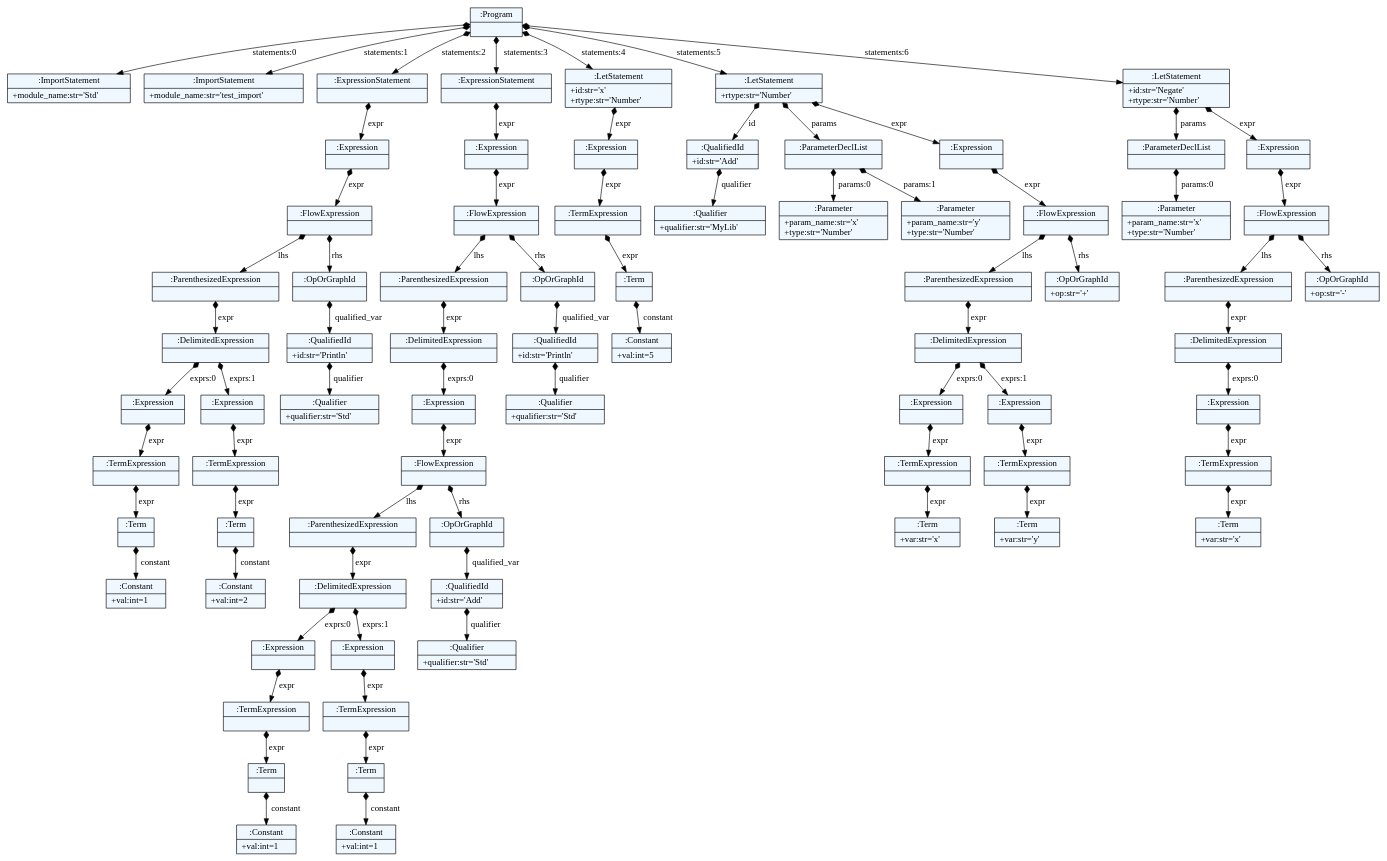
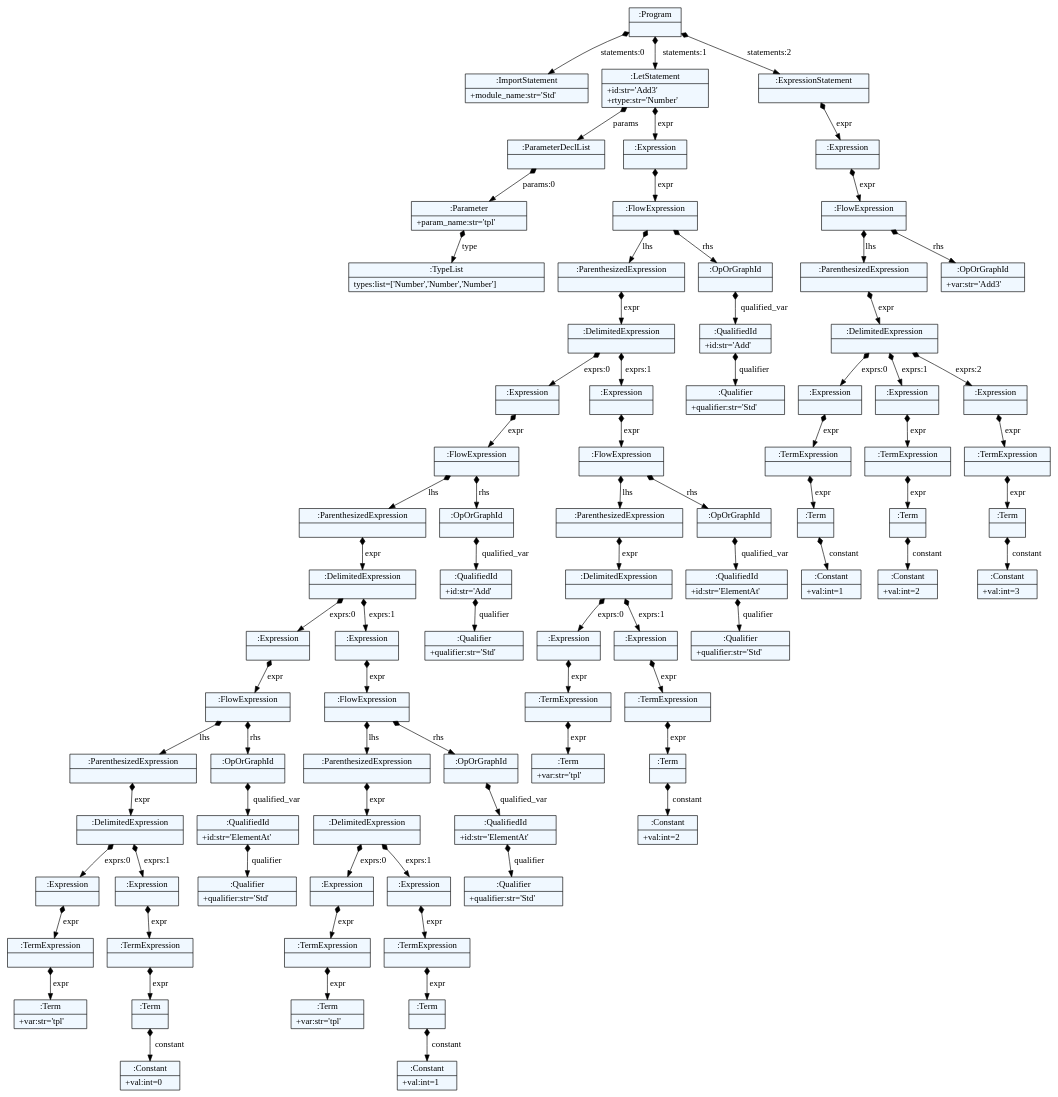
The diagram in test.dot (mguid65/fleauxlang), drawn with Graphviz before and after one commit. The commit also changed 3 other files, not shown here.

```diff
--- a/test.dot
+++ b/test.dot
@@ -11,154 +11,164 @@
     edge[dir=black,arrowtail=empty]
 
 
-131458014634448 -> 131458014635888 [label="statements:0" arrowtail=diamond dir=both]
-131458014635888[label="{:ImportStatement|+module_name:str='Std'\l}"]
-131458014634448 -> 131458014638912 [label="statements:1" arrowtail=diamond dir=both]
-131458014638912[label="{:ImportStatement|+module_name:str='test_import'\l}"]
-131458014634448 -> 131458014638624 [label="statements:2" arrowtail=diamond dir=both]
-131458014638624 -> 131458014641072 [label="expr" arrowtail=diamond dir=both]
-131458014641072 -> 131458014638336 [label="expr" arrowtail=diamond dir=both]
-131458014638336 -> 131458014637184 [label="lhs" arrowtail=diamond dir=both]
-131458014637184 -> 131458014632960 [label="expr" arrowtail=diamond dir=both]
-131458014632960 -> 131458014631280 [label="exprs:0" arrowtail=diamond dir=both]
-131458014631280 -> 131458014629648 [label="expr" arrowtail=diamond dir=both]
-131458014629648 -> 131458014631904 [label="expr" arrowtail=diamond dir=both]
-131458014631904 -> 131458014630944 [label="constant" arrowtail=diamond dir=both]
-131458014630944[label="{:Constant|+val:int=1\l}"]
-131458014631904[label="{:Term|}"]
-131458014629648[label="{:TermExpression|}"]
-131458014631280[label="{:Expression|}"]
-131458014632960 -> 131458014629600 [label="exprs:1" arrowtail=diamond dir=both]
-131458014629600 -> 131458014630896 [label="expr" arrowtail=diamond dir=both]
-131458014630896 -> 131458014629264 [label="expr" arrowtail=diamond dir=both]
-131458014629264 -> 131458014628208 [label="constant" arrowtail=diamond dir=both]
-131458014628208[label="{:Constant|+val:int=2\l}"]
-131458014629264[label="{:Term|}"]
-131458014630896[label="{:TermExpression|}"]
-131458014629600[label="{:Expression|}"]
-131458014632960[label="{:DelimitedExpression|}"]
-131458014637184[label="{:ParenthesizedExpression|}"]
-131458014638336 -> 131458014636176 [label="rhs" arrowtail=diamond dir=both]
-131458014636176 -> 131458014632000 [label="qualified_var" arrowtail=diamond dir=both]
-131458014632000 -> 131458014629072 [label="qualifier" arrowtail=diamond dir=both]
-131458014629072[label="{:Qualifier|+qualifier:str='Std'\l}"]
-131458014632000[label="{:QualifiedId|+id:str='Println'\l}"]
-131458014636176[label="{:OpOrGraphId|}"]
-131458014638336[label="{:FlowExpression|}"]
-131458014641072[label="{:Expression|}"]
-131458014638624[label="{:ExpressionStatement|}"]
-131458014634448 -> 131458014642032 [label="statements:3" arrowtail=diamond dir=both]
-131458014642032 -> 131458014632144 [label="expr" arrowtail=diamond dir=both]
-131458014632144 -> 131458014629024 [label="expr" arrowtail=diamond dir=both]
-131458014629024 -> 131458014629504 [label="lhs" arrowtail=diamond dir=both]
-131458014629504 -> 131458014638000 [label="expr" arrowtail=diamond dir=both]
-131458014638000 -> 131458014629744 [label="exprs:0" arrowtail=diamond dir=both]
-131458014629744 -> 131458014638096 [label="expr" arrowtail=diamond dir=both]
-131458014638096 -> 131458014631088 [label="lhs" arrowtail=diamond dir=both]
-131458014631088 -> 131458014638864 [label="expr" arrowtail=diamond dir=both]
-131458014638864 -> 131458014639152 [label="exprs:0" arrowtail=diamond dir=both]
-131458014639152 -> 131458014631520 [label="expr" arrowtail=diamond dir=both]
-131458014631520 -> 131458014630272 [label="expr" arrowtail=diamond dir=both]
-131458014630272 -> 131458014641264 [label="constant" arrowtail=diamond dir=both]
-131458014641264[label="{:Constant|+val:int=1\l}"]
-131458014630272[label="{:Term|}"]
-131458014631520[label="{:TermExpression|}"]
-131458014639152[label="{:Expression|}"]
-131458014638864 -> 131458014632336 [label="exprs:1" arrowtail=diamond dir=both]
-131458014632336 -> 131458014631472 [label="expr" arrowtail=diamond dir=both]
-131458014631472 -> 131458014633200 [label="expr" arrowtail=diamond dir=both]
-131458014633200 -> 131458014641648 [label="constant" arrowtail=diamond dir=both]
-131458014641648[label="{:Constant|+val:int=1\l}"]
-131458014633200[label="{:Term|}"]
-131458014631472[label="{:TermExpression|}"]
-131458014632336[label="{:Expression|}"]
-131458014638864[label="{:DelimitedExpression|}"]
-131458014631088[label="{:ParenthesizedExpression|}"]
-131458014638096 -> 131458014638528 [label="rhs" arrowtail=diamond dir=both]
-131458014638528 -> 131458014630752 [label="qualified_var" arrowtail=diamond dir=both]
-131458014630752 -> 131458014641600 [label="qualifier" arrowtail=diamond dir=both]
-131458014641600[label="{:Qualifier|+qualifier:str='Std'\l}"]
-131458014630752[label="{:QualifiedId|+id:str='Add'\l}"]
-131458014638528[label="{:OpOrGraphId|}"]
-131458014638096[label="{:FlowExpression|}"]
-131458014629744[label="{:Expression|}"]
-131458014638000[label="{:DelimitedExpression|}"]
-131458014629504[label="{:ParenthesizedExpression|}"]
-131458014629024 -> 131458014637760 [label="rhs" arrowtail=diamond dir=both]
-131458014637760 -> 131458014635936 [label="qualified_var" arrowtail=diamond dir=both]
-131458014635936 -> 131458014630800 [label="qualifier" arrowtail=diamond dir=both]
-131458014630800[label="{:Qualifier|+qualifier:str='Std'\l}"]
-131458014635936[label="{:QualifiedId|+id:str='Println'\l}"]
-131458014637760[label="{:OpOrGraphId|}"]
-131458014629024[label="{:FlowExpression|}"]
-131458014632144[label="{:Expression|}"]
-131458014642032[label="{:ExpressionStatement|}"]
-131458014634448 -> 131458014637136 [label="statements:4" arrowtail=diamond dir=both]
-131458014637136 -> 131458014637328 [label="expr" arrowtail=diamond dir=both]
-131458014637328 -> 131458014633680 [label="expr" arrowtail=diamond dir=both]
-131458014633680 -> 131458014635072 [label="expr" arrowtail=diamond dir=both]
-131458014635072 -> 131458014628688 [label="constant" arrowtail=diamond dir=both]
-131458014628688[label="{:Constant|+val:int=5\l}"]
-131458014635072[label="{:Term|}"]
-131458014633680[label="{:TermExpression|}"]
-131458014637328[label="{:Expression|}"]
-131458014637136[label="{:LetStatement|+id:str='x'\l+rtype:str='Number'\l}"]
-131458014634448 -> 131458014629312 [label="statements:5" arrowtail=diamond dir=both]
-131458014629312 -> 131458014630080 [label="id" arrowtail=diamond dir=both]
-131458014630080 -> 131458014631760 [label="qualifier" arrowtail=diamond dir=both]
-131458014631760[label="{:Qualifier|+qualifier:str='MyLib'\l}"]
-131458014630080[label="{:QualifiedId|+id:str='Add'\l}"]
-131458014629312 -> 131458014628640 [label="params" arrowtail=diamond dir=both]
-131458014628640 -> 131458014636800 [label="params:0" arrowtail=diamond dir=both]
-131458014636800[label="{:Parameter|+param_name:str='x'\l+type:str='Number'\l}"]
-131458014628640 -> 131458014627680 [label="params:1" arrowtail=diamond dir=both]
-131458014627680[label="{:Parameter|+param_name:str='y'\l+type:str='Number'\l}"]
-131458014628640[label="{:ParameterDeclList|}"]
-131458014629312 -> 131458014636560 [label="expr" arrowtail=diamond dir=both]
-131458014636560 -> 131458014638144 [label="expr" arrowtail=diamond dir=both]
-131458014638144 -> 131458014636944 [label="lhs" arrowtail=diamond dir=both]
-131458014636944 -> 131458014639536 [label="expr" arrowtail=diamond dir=both]
-131458014639536 -> 131458014925040 [label="exprs:0" arrowtail=diamond dir=both]
-131458014925040 -> 131458014922640 [label="expr" arrowtail=diamond dir=both]
-131458014922640 -> 131458014925088 [label="expr" arrowtail=diamond dir=both]
-131458014925088[label="{:Term|+var:str='x'\l}"]
-131458014922640[label="{:TermExpression|}"]
-131458014925040[label="{:Expression|}"]
-131458014639536 -> 131458014925424 [label="exprs:1" arrowtail=diamond dir=both]
-131458014925424 -> 131458014925760 [label="expr" arrowtail=diamond dir=both]
-131458014925760 -> 131458014925376 [label="expr" arrowtail=diamond dir=both]
-131458014925376[label="{:Term|+var:str='y'\l}"]
-131458014925760[label="{:TermExpression|}"]
-131458014925424[label="{:Expression|}"]
-131458014639536[label="{:DelimitedExpression|}"]
-131458014636944[label="{:ParenthesizedExpression|}"]
-131458014638144 -> 131458014641552 [label="rhs" arrowtail=diamond dir=both]
-131458014641552[label="{:OpOrGraphId|+op:str='+'\l}"]
-131458014638144[label="{:FlowExpression|}"]
-131458014636560[label="{:Expression|}"]
-131458014629312[label="{:LetStatement|+rtype:str='Number'\l}"]
-131458014634448 -> 131458014639104 [label="statements:6" arrowtail=diamond dir=both]
-131458014639104 -> 131458014639392 [label="params" arrowtail=diamond dir=both]
-131458014639392 -> 131458014925328 [label="params:0" arrowtail=diamond dir=both]
-131458014925328[label="{:Parameter|+param_name:str='x'\l+type:str='Number'\l}"]
-131458014639392[label="{:ParameterDeclList|}"]
-131458014639104 -> 131458014921920 [label="expr" arrowtail=diamond dir=both]
-131458014921920 -> 131458014921632 [label="expr" arrowtail=diamond dir=both]
-131458014921632 -> 131458014925616 [label="lhs" arrowtail=diamond dir=both]
-131458014925616 -> 131458014921728 [label="expr" arrowtail=diamond dir=both]
-131458014921728 -> 131458014923072 [label="exprs:0" arrowtail=diamond dir=both]
-131458014923072 -> 131458014924272 [label="expr" arrowtail=diamond dir=both]
-131458014924272 -> 131458014921056 [label="expr" arrowtail=diamond dir=both]
-131458014921056[label="{:Term|+var:str='x'\l}"]
-131458014924272[label="{:TermExpression|}"]
-131458014923072[label="{:Expression|}"]
-131458014921728[label="{:DelimitedExpression|}"]
-131458014925616[label="{:ParenthesizedExpression|}"]
-131458014921632 -> 131458014922064 [label="rhs" arrowtail=diamond dir=both]
-131458014922064[label="{:OpOrGraphId|+op:str='-'\l}"]
-131458014921632[label="{:FlowExpression|}"]
-131458014921920[label="{:Expression|}"]
-131458014639104[label="{:LetStatement|+id:str='Negate'\l+rtype:str='Number'\l}"]
-131458014634448[label="{:Program|}"]
+125385224958496 -> 125385224961856 [label="statements:0" arrowtail=diamond dir=both]
+125385224961856[label="{:ImportStatement|+module_name:str='Std'\l}"]
+125385224958496 -> 125385224958256 [label="statements:1" arrowtail=diamond dir=both]
+125385224958256 -> 125385224958832 [label="params" arrowtail=diamond dir=both]
+125385224958832 -> 125385224957440 [label="params:0" arrowtail=diamond dir=both]
+125385224957440 -> 125385224957008 [label="type" arrowtail=diamond dir=both]
+125385224957008[label="{:TypeList|types:list=['Number','Number','Number']\l}"]
+125385224957440[label="{:Parameter|+param_name:str='tpl'\l}"]
+125385224958832[label="{:ParameterDeclList|}"]
+125385224958256 -> 125385224958208 [label="expr" arrowtail=diamond dir=both]
+125385224958208 -> 125385224956000 [label="expr" arrowtail=diamond dir=both]
+125385224956000 -> 125385224952880 [label="lhs" arrowtail=diamond dir=both]
+125385224952880 -> 125385224951152 [label="expr" arrowtail=diamond dir=both]
+125385224951152 -> 125385224951488 [label="exprs:0" arrowtail=diamond dir=both]
+125385224951488 -> 125385224951872 [label="expr" arrowtail=diamond dir=both]
+125385224951872 -> 125385224960704 [label="lhs" arrowtail=diamond dir=both]
+125385224960704 -> 125385224949136 [label="expr" arrowtail=diamond dir=both]
+125385224949136 -> 125385224948944 [label="exprs:0" arrowtail=diamond dir=both]
+125385224948944 -> 125385224957248 [label="expr" arrowtail=diamond dir=both]
+125385224957248 -> 125385224949328 [label="lhs" arrowtail=diamond dir=both]
+125385224949328 -> 125385224949712 [label="expr" arrowtail=diamond dir=both]
+125385224949712 -> 125385224957584 [label="exprs:0" arrowtail=diamond dir=both]
+125385224957584 -> 125385224949856 [label="expr" arrowtail=diamond dir=both]
+125385224949856 -> 125385224958448 [label="expr" arrowtail=diamond dir=both]
+125385224958448[label="{:Term|+var:str='tpl'\l}"]
+125385224949856[label="{:TermExpression|}"]
+125385224957584[label="{:Expression|}"]
+125385224949712 -> 125385224957968 [label="exprs:1" arrowtail=diamond dir=both]
+125385224957968 -> 125385224958736 [label="expr" arrowtail=diamond dir=both]
+125385224958736 -> 125385224950624 [label="expr" arrowtail=diamond dir=both]
+125385224950624 -> 125385224951008 [label="constant" arrowtail=diamond dir=both]
+125385224951008[label="{:Constant|+val:int=0\l}"]
+125385224950624[label="{:Term|}"]
+125385224958736[label="{:TermExpression|}"]
+125385224957968[label="{:Expression|}"]
+125385224949712[label="{:DelimitedExpression|}"]
+125385224949328[label="{:ParenthesizedExpression|}"]
+125385224957248 -> 125385224957872 [label="rhs" arrowtail=diamond dir=both]
+125385224957872 -> 125385224958400 [label="qualified_var" arrowtail=diamond dir=both]
+125385224958400 -> 125385224951392 [label="qualifier" arrowtail=diamond dir=both]
+125385224951392[label="{:Qualifier|+qualifier:str='Std'\l}"]
+125385224958400[label="{:QualifiedId|+id:str='ElementAt'\l}"]
+125385224957872[label="{:OpOrGraphId|}"]
+125385224957248[label="{:FlowExpression|}"]
+125385224948944[label="{:Expression|}"]
+125385224949136 -> 125385224948896 [label="exprs:1" arrowtail=diamond dir=both]
+125385224948896 -> 125385224949616 [label="expr" arrowtail=diamond dir=both]
+125385224949616 -> 125385224950144 [label="lhs" arrowtail=diamond dir=both]
+125385224950144 -> 125385224952256 [label="expr" arrowtail=diamond dir=both]
+125385224952256 -> 125385224953072 [label="exprs:0" arrowtail=diamond dir=both]
+125385224953072 -> 125385224953744 [label="expr" arrowtail=diamond dir=both]
+125385224953744 -> 125385224949904 [label="expr" arrowtail=diamond dir=both]
+125385224949904[label="{:Term|+var:str='tpl'\l}"]
+125385224953744[label="{:TermExpression|}"]
+125385224953072[label="{:Expression|}"]
+125385224952256 -> 125385224961520 [label="exprs:1" arrowtail=diamond dir=both]
+125385224961520 -> 125385224954944 [label="expr" arrowtail=diamond dir=both]
+125385224954944 -> 125385224948032 [label="expr" arrowtail=diamond dir=both]
+125385224948032 -> 125385224951632 [label="constant" arrowtail=diamond dir=both]
+125385224951632[label="{:Constant|+val:int=1\l}"]
+125385224948032[label="{:Term|}"]
+125385224954944[label="{:TermExpression|}"]
+125385224961520[label="{:Expression|}"]
+125385224952256[label="{:DelimitedExpression|}"]
+125385224950144[label="{:ParenthesizedExpression|}"]
+125385224949616 -> 125385224961136 [label="rhs" arrowtail=diamond dir=both]
+125385224961136 -> 125385224953024 [label="qualified_var" arrowtail=diamond dir=both]
+125385224953024 -> 125385224948512 [label="qualifier" arrowtail=diamond dir=both]
+125385224948512[label="{:Qualifier|+qualifier:str='Std'\l}"]
+125385224953024[label="{:QualifiedId|+id:str='ElementAt'\l}"]
+125385224961136[label="{:OpOrGraphId|}"]
+125385224949616[label="{:FlowExpression|}"]
+125385224948896[label="{:Expression|}"]
+125385224949136[label="{:DelimitedExpression|}"]
+125385224960704[label="{:ParenthesizedExpression|}"]
+125385224951872 -> 125385224950480 [label="rhs" arrowtail=diamond dir=both]
+125385224950480 -> 125385224946784 [label="qualified_var" arrowtail=diamond dir=both]
+125385224946784 -> 125385224952448 [label="qualifier" arrowtail=diamond dir=both]
+125385224952448[label="{:Qualifier|+qualifier:str='Std'\l}"]
+125385224946784[label="{:QualifiedId|+id:str='Add'\l}"]
+125385224950480[label="{:OpOrGraphId|}"]
+125385224951872[label="{:FlowExpression|}"]
+125385224951488[label="{:Expression|}"]
+125385224951152 -> 125385224951776 [label="exprs:1" arrowtail=diamond dir=both]
+125385224951776 -> 125385224951248 [label="expr" arrowtail=diamond dir=both]
+125385224951248 -> 125385224956672 [label="lhs" arrowtail=diamond dir=both]
+125385224956672 -> 125385224960512 [label="expr" arrowtail=diamond dir=both]
+125385224960512 -> 125385224959264 [label="exprs:0" arrowtail=diamond dir=both]
+125385224959264 -> 125385224961424 [label="expr" arrowtail=diamond dir=both]
+125385224961424 -> 125385224960752 [label="expr" arrowtail=diamond dir=both]
+125385224960752[label="{:Term|+var:str='tpl'\l}"]
+125385224961424[label="{:TermExpression|}"]
+125385224959264[label="{:Expression|}"]
+125385224960512 -> 125385224961280 [label="exprs:1" arrowtail=diamond dir=both]
+125385224961280 -> 125385225228480 [label="expr" arrowtail=diamond dir=both]
+125385225228480 -> 125385225226128 [label="expr" arrowtail=diamond dir=both]
+125385225226128 -> 125385225225120 [label="constant" arrowtail=diamond dir=both]
+125385225225120[label="{:Constant|+val:int=2\l}"]
+125385225226128[label="{:Term|}"]
+125385225228480[label="{:TermExpression|}"]
+125385224961280[label="{:Expression|}"]
+125385224960512[label="{:DelimitedExpression|}"]
+125385224956672[label="{:ParenthesizedExpression|}"]
+125385224951248 -> 125385224947552 [label="rhs" arrowtail=diamond dir=both]
+125385224947552 -> 125385224958064 [label="qualified_var" arrowtail=diamond dir=both]
+125385224958064 -> 125385225225456 [label="qualifier" arrowtail=diamond dir=both]
+125385225225456[label="{:Qualifier|+qualifier:str='Std'\l}"]
+125385224958064[label="{:QualifiedId|+id:str='ElementAt'\l}"]
+125385224947552[label="{:OpOrGraphId|}"]
+125385224951248[label="{:FlowExpression|}"]
+125385224951776[label="{:Expression|}"]
+125385224951152[label="{:DelimitedExpression|}"]
+125385224952880[label="{:ParenthesizedExpression|}"]
+125385224956000 -> 125385224952064 [label="rhs" arrowtail=diamond dir=both]
+125385224952064 -> 125385224949520 [label="qualified_var" arrowtail=diamond dir=both]
+125385224949520 -> 125385224958016 [label="qualifier" arrowtail=diamond dir=both]
+125385224958016[label="{:Qualifier|+qualifier:str='Std'\l}"]
+125385224949520[label="{:QualifiedId|+id:str='Add'\l}"]
+125385224952064[label="{:OpOrGraphId|}"]
+125385224956000[label="{:FlowExpression|}"]
+125385224958208[label="{:Expression|}"]
+125385224958256[label="{:LetStatement|+id:str='Add3'\l+rtype:str='Number'\l}"]
+125385224958496 -> 125385224948848 [label="statements:2" arrowtail=diamond dir=both]
+125385224948848 -> 125385224949472 [label="expr" arrowtail=diamond dir=both]
+125385224949472 -> 125385225228816 [label="expr" arrowtail=diamond dir=both]
+125385225228816 -> 125385225228960 [label="lhs" arrowtail=diamond dir=both]
+125385225228960 -> 125385225229104 [label="expr" arrowtail=diamond dir=both]
+125385225229104 -> 125385225229296 [label="exprs:0" arrowtail=diamond dir=both]
+125385225229296 -> 125385225229440 [label="expr" arrowtail=diamond dir=both]
+125385225229440 -> 125385225229584 [label="expr" arrowtail=diamond dir=both]
+125385225229584 -> 125385225229680 [label="constant" arrowtail=diamond dir=both]
+125385225229680[label="{:Constant|+val:int=1\l}"]
+125385225229584[label="{:Term|}"]
+125385225229440[label="{:TermExpression|}"]
+125385225229296[label="{:Expression|}"]
+125385225229104 -> 125385225229392 [label="exprs:1" arrowtail=diamond dir=both]
+125385225229392 -> 125385225229776 [label="expr" arrowtail=diamond dir=both]
+125385225229776 -> 125385225229728 [label="expr" arrowtail=diamond dir=both]
+125385225229728 -> 125385225229968 [label="constant" arrowtail=diamond dir=both]
+125385225229968[label="{:Constant|+val:int=2\l}"]
+125385225229728[label="{:Term|}"]
+125385225229776[label="{:TermExpression|}"]
+125385225229392[label="{:Expression|}"]
+125385225229104 -> 125385225229632 [label="exprs:2" arrowtail=diamond dir=both]
+125385225229632 -> 125385225225504 [label="expr" arrowtail=diamond dir=both]
+125385225225504 -> 125385225225264 [label="expr" arrowtail=diamond dir=both]
+125385225225264 -> 125385225224976 [label="constant" arrowtail=diamond dir=both]
+125385225224976[label="{:Constant|+val:int=3\l}"]
+125385225225264[label="{:Term|}"]
+125385225225504[label="{:TermExpression|}"]
+125385225229632[label="{:Expression|}"]
+125385225229104[label="{:DelimitedExpression|}"]
+125385225228960[label="{:ParenthesizedExpression|}"]
+125385225228816 -> 125385225229056 [label="rhs" arrowtail=diamond dir=both]
+125385225229056[label="{:OpOrGraphId|+var:str='Add3'\l}"]
+125385225228816[label="{:FlowExpression|}"]
+125385224949472[label="{:Expression|}"]
+125385224948848[label="{:ExpressionStatement|}"]
+125385224958496[label="{:Program|}"]
 
 }
```
